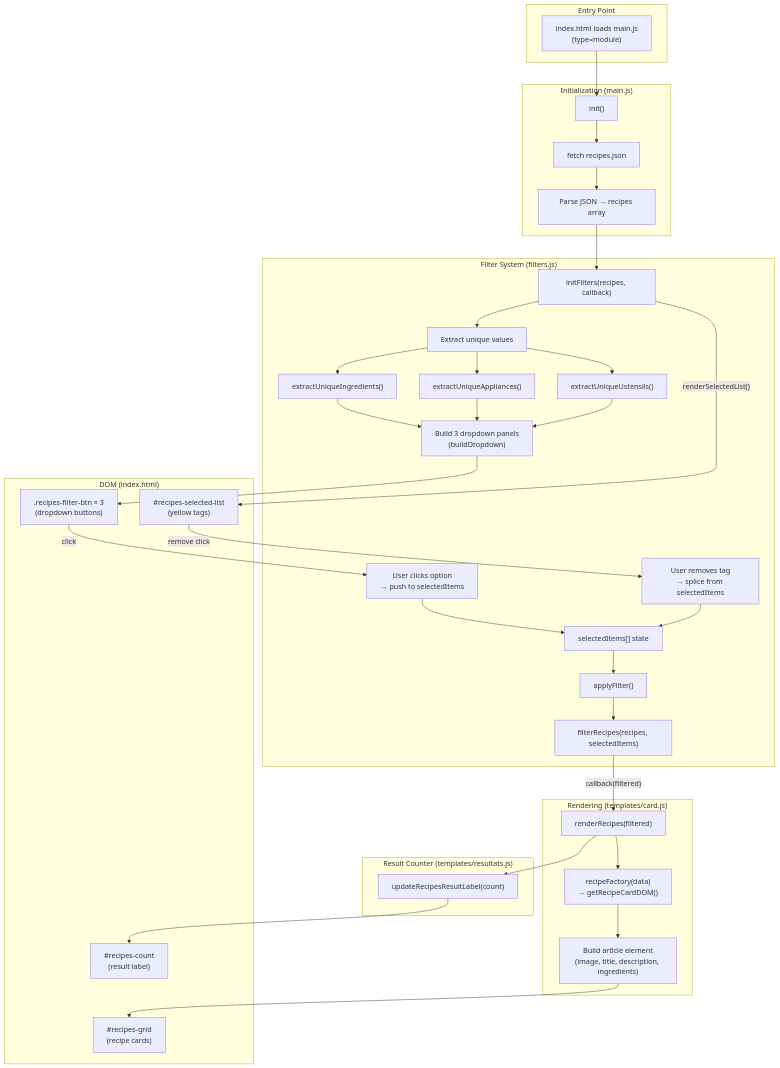
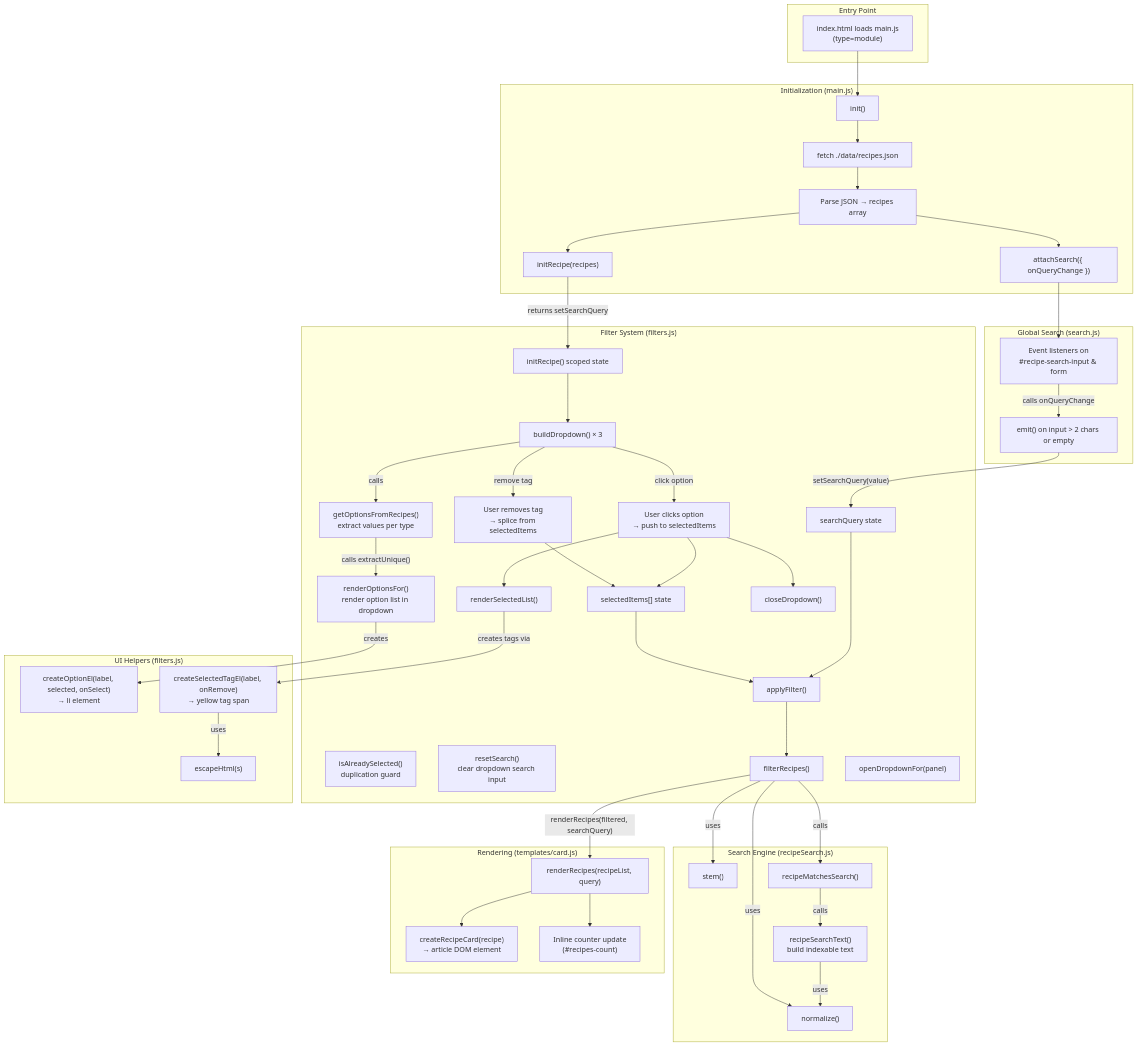
The first of 5 diagrams in architecture_diagram.md (aladin002dz/Les-petits-plats---OpenClassRoom---FOUGEROUSE-Elodie-), drawn with Mermaid before and after one commit. The commit also changed other lines of this file, not shown here.

Commit message:
📚docs: update architecture diagram to reflect global search and refactored filter logic

````diff
--- a/architecture_diagram.md
+++ b/architecture_diagram.md
@@ -16,66 +16,86 @@
 
     subgraph "Initialization (main.js)"
         B["init()"]
-        C["fetch recipes.json"]
+        C["fetch ./data/recipes.json"]
         D["Parse JSON → recipes array"]
+        D1["initRecipe(recipes)"]
+        D2["attachSearch({ onQueryChange })"]
+    end
+
+    subgraph "Global Search (search.js)"
+        S1["Event listeners on\n#recipe-search-input & form"]
+        S2["emit() on input > 2 chars or empty"]
     end
 
     subgraph "Filter System (filters.js)"
-        E["initFilters(recipes, callback)"]
-        F["Extract unique values"]
-        F1["extractUniqueIngredients()"]
-        F2["extractUniqueAppliances()"]
-        F3["extractUniqueUstensils()"]
-        G["Build 3 dropdown panels\n(buildDropdown)"]
-        H["selectedItems[] state"]
+        E["initRecipe() scoped state"]
+        E1["searchQuery state"]
+        E2["selectedItems[] state"]
+        G["buildDropdown() × 3"]
+        G1["getOptionsFromRecipes()\nextract values per type"]
+        G2["renderOptionsFor()\nrender option list in dropdown"]
+        G3["isAlreadySelected()\nduplication guard"]
+        G4["resetSearch()\nclear dropdown search input"]
         I["User clicks option\n→ push to selectedItems"]
         J["User removes tag\n→ splice from selectedItems"]
         K["applyFilter()"]
-        L["filterRecipes(recipes, selectedItems)"]
+        L["filterRecipes()"]
+        SEL["renderSelectedList()"]
+        CD["closeDropdown()"]
+        OD["openDropdownFor(panel)"]
+    end
+
+    subgraph "UI Helpers (filters.js)"
+        CO["createOptionEl(label, selected, onSelect)\n→ li element"]
+        CT["createSelectedTagEl(label, onRemove)\n→ yellow tag span"]
+        EH["escapeHtml(s)"]
+    end
+
+    subgraph "Search Engine (recipeSearch.js)"
+        R1["normalize()"]
+        R2["stem()"]
+        R3["recipeMatchesSearch()"]
+        R4["recipeSearchText()\nbuild indexable text"]
     end
 
     subgraph "Rendering (templates/card.js)"
-        M["renderRecipes(filtered)"]
-        N["recipeFactory(data)\n→ getRecipeCardDOM()"]
-        O["Build article element\n(image, title, description, ingredients)"]
-    end
-
-    subgraph "Result Counter (templates/resultats.js)"
-        P["updateRecipesResultLabel(count)"]
-    end
-
-    subgraph "DOM (index.html)"
-        Q["#recipes-grid\n(recipe cards)"]
-        R["#recipes-count\n(result label)"]
-        S["#recipes-selected-list\n(yellow tags)"]
-        T[".recipes-filter-btn × 3\n(dropdown buttons)"]
+        M["renderRecipes(recipeList, query)"]
+        N["createRecipeCard(recipe)\n→ article DOM element"]
+        P["Inline counter update\n(#recipes-count)"]
     end
 
     A --> B
     B --> C
     C --> D
-    D --> E
+    D --> D1
+    D1 -- "returns setSearchQuery" --> E
+    D --> D2
+    D2 --> S1
 
-    E --> F
-    F --> F1 & F2 & F3
-    F1 & F2 & F3 --> G
+    S1 -- "calls onQueryChange" --> S2
+    S2 -- "setSearchQuery(value)" --> E1
 
-    G --> T
-    T -- "click" --> I
-    I --> H
-    S -- "remove click" --> J
-    J --> H
+    E --> G
+    G -- "calls" --> G1
+    G1 -- "calls extractUnique()" --> G2
+    G2 -- "creates" --> CO
+    G -- "click option" --> I
+    I --> E2
+    I --> SEL
+    SEL -- "creates tags via" --> CT
+    CT -- "uses" --> EH
+    I --> CD
+    G -- "remove tag" --> J
+    J --> E2
 
-    H --> K
+    E1 & E2 --> K
     K --> L
-    L -- "callback(filtered)" --> M
+    L -- "calls" --> R3
+    R3 -- "calls" --> R4
+    R4 -- "uses" --> R1
+    L -- "uses" --> R1 & R2
+    L -- "renderRecipes(filtered, searchQuery)" --> M
 
     M --> N
-    N --> O
-    O --> Q
-
     M --> P
-    P --> R
-
-    E -- "renderSelectedList()" --> S
 ```
````
